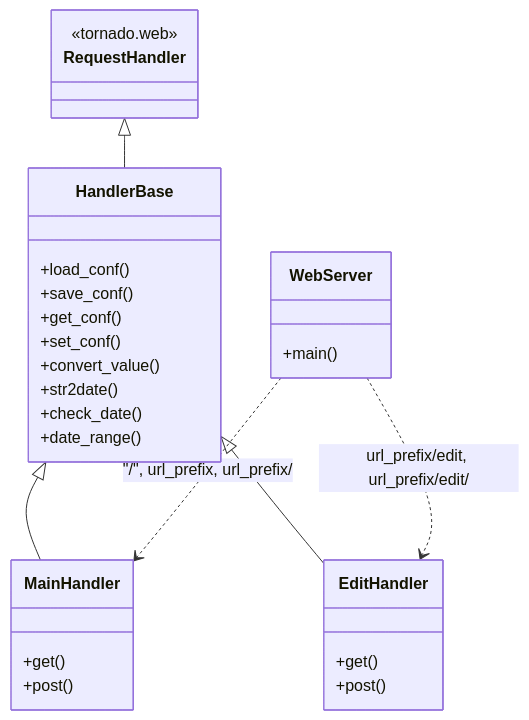
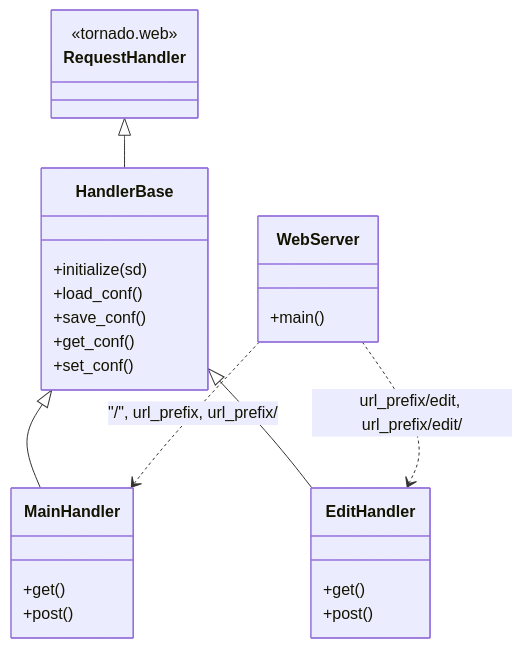
One commit to ytani01/ytsched changed the second of 4 diagrams in src/README.md. Above: the diagram before and after it, drawn with Mermaid. The commit also changed other lines of this file and 19 other files, not shown here.

````diff
--- a/src/README.md
+++ b/src/README.md
@@ -106,32 +107,29 @@
 ```mermaid
 classDiagram
     class RequestHandler {
         <<tornado.web>>
     }
     class HandlerBase {
+        +initialize(sd)
         +load_conf()
         +save_conf()
         +get_conf()
         +set_conf()
-        +convert_value()
-        +str2date()
-        +check_date()
-        +date_range()
     }
     class MainHandler {
         +get()
         +post()
     }
     class EditHandler {
         +get()
         +post()
     }
     class WebServer {
         +main()
     }
     RequestHandler <|-- HandlerBase
     HandlerBase <|-- MainHandler
     HandlerBase <|-- EditHandler
     WebServer ..> MainHandler : "/", url_prefix, url_prefix/
     WebServer ..> EditHandler : url_prefix/edit, url_prefix/edit/
 ```
````
